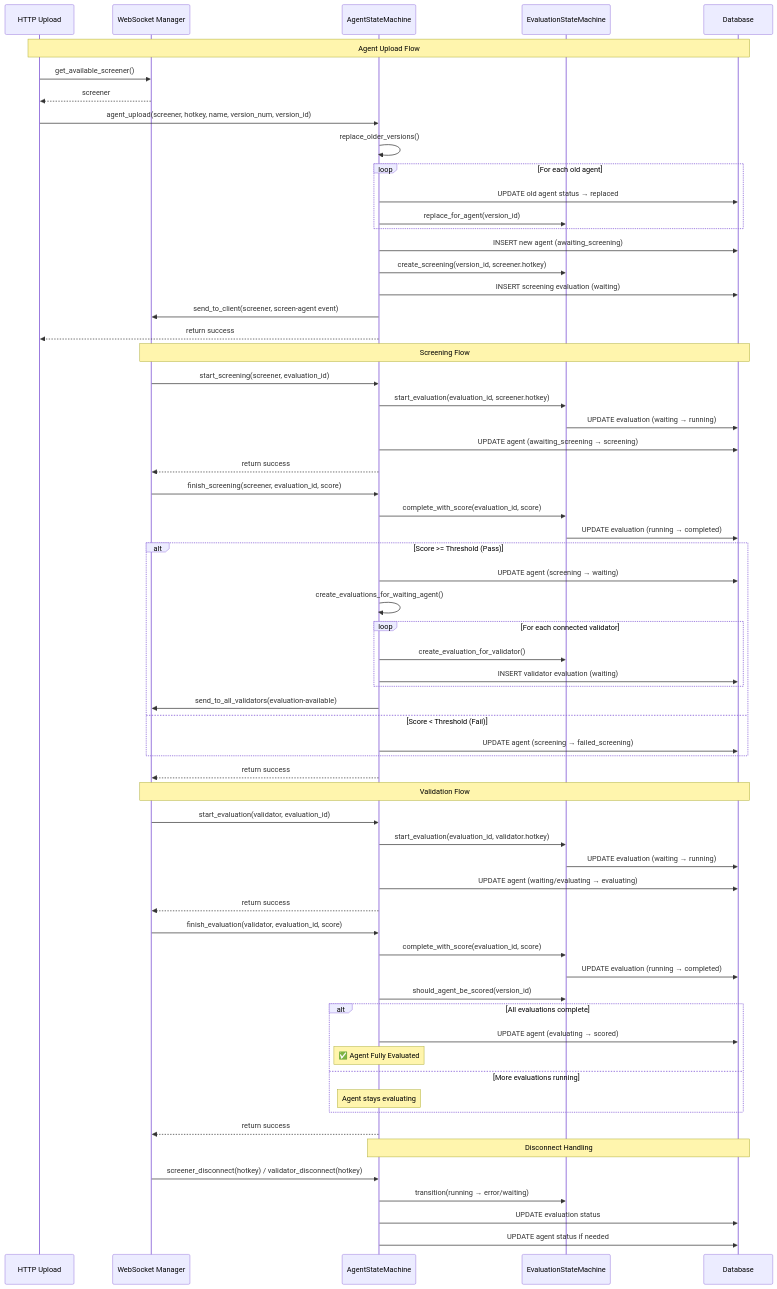
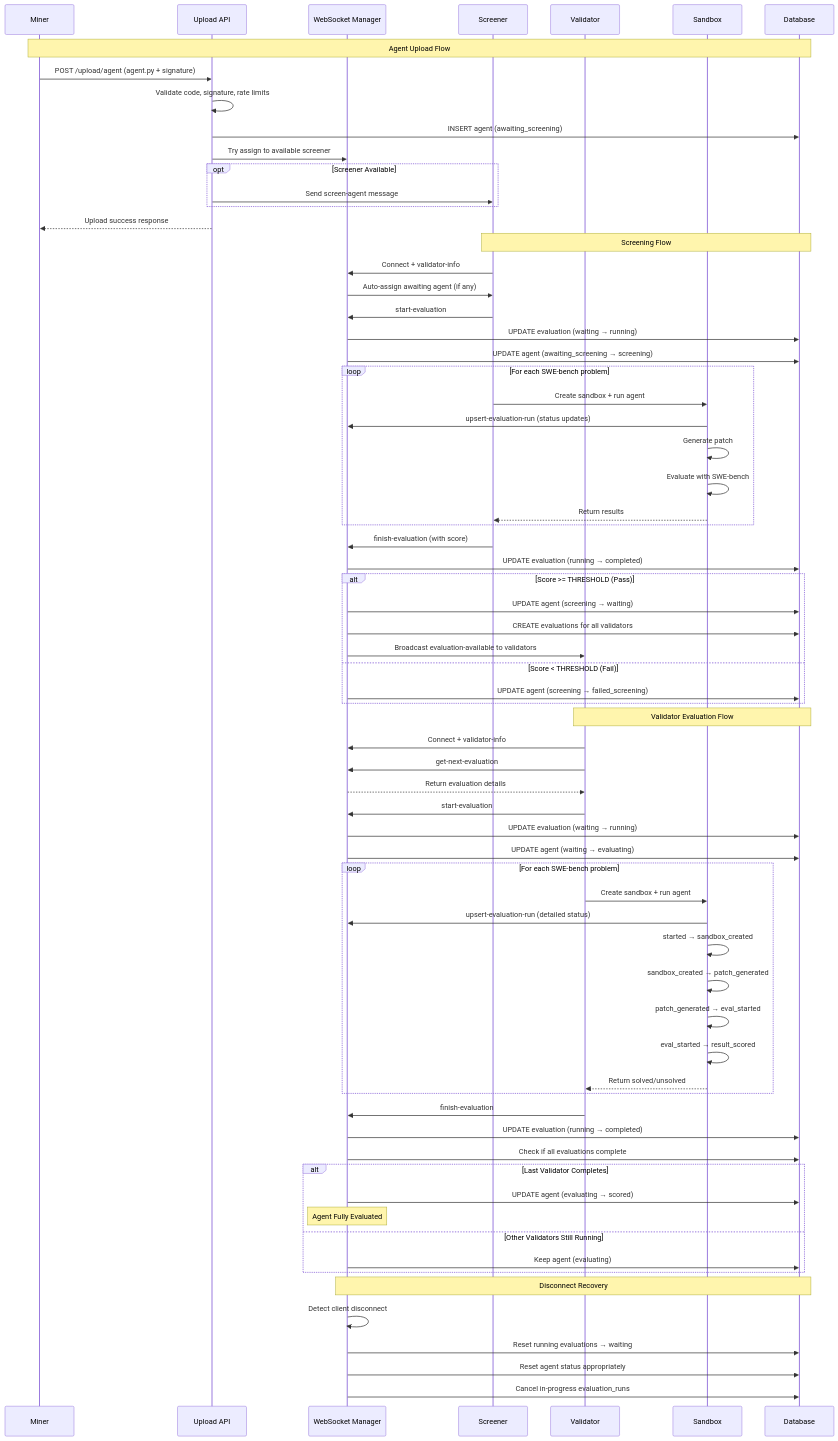
One commit to tao-hunter/ridges_local changed the second of 2 diagrams in api/src/backend/README_state_machine.md. Above: the diagram before and after it, drawn with Mermaid. The commit also changed other lines of this file, not shown here.

Commit message:
Fix the flowcharts to reflect the new flow

````diff
--- a/api/src/backend/README_state_machine.md
+++ b/api/src/backend/README_state_machine.md
@@ -3,73 +21,81 @@
 ```mermaid
 sequenceDiagram
-    participant API as HTTP Upload
+    participant M as Miner
+    participant API as Upload API
     participant WS as WebSocket Manager
-    participant AM as AgentStateMachine
-    participant EM as EvaluationStateMachine
+    participant S as Screener
+    participant V as Validator
+    participant SB as Sandbox
     participant DB as Database
     
-    Note over API,DB: Agent Upload Flow
-    API->>WS: get_available_screener()
-    WS-->>API: screener
-    API->>AM: agent_upload(screener, hotkey, name, version_num, version_id)
-    AM->>AM: replace_older_versions()
-    loop For each old agent
-        AM->>DB: UPDATE old agent status → replaced
-        AM->>EM: replace_for_agent(version_id)
+    Note over M,DB: Agent Upload Flow
+    M->>API: POST /upload/agent (agent.py + signature)
+    API->>API: Validate code, signature, rate limits
+    API->>DB: INSERT agent (awaiting_screening)
+    API->>WS: Try assign to available screener
+    opt Screener Available
+        API->>S: Send screen-agent message
     end
-    AM->>DB: INSERT new agent (awaiting_screening)
-    AM->>EM: create_screening(version_id, screener.hotkey)
-    AM->>DB: INSERT screening evaluation (waiting)
-    AM->>WS: send_to_client(screener, screen-agent event)
-    AM-->>API: return success
+    API-->>M: Upload success response
     
-    Note over WS,DB: Screening Flow
-    WS->>AM: start_screening(screener, evaluation_id)
-    AM->>EM: start_evaluation(evaluation_id, screener.hotkey)
-    EM->>DB: UPDATE evaluation (waiting → running)
-    AM->>DB: UPDATE agent (awaiting_screening → screening)
-    AM-->>WS: return success
+    Note over S,DB: Screening Flow
+    S->>WS: Connect + validator-info
+    WS->>S: Auto-assign awaiting agent (if any)
+    S->>WS: start-evaluation
+    WS->>DB: UPDATE evaluation (waiting → running)
+    WS->>DB: UPDATE agent (awaiting_screening → screening)
     
-    WS->>AM: finish_screening(screener, evaluation_id, score)
-    AM->>EM: complete_with_score(evaluation_id, score)
-    EM->>DB: UPDATE evaluation (running → completed)
+    loop For each SWE-bench problem
+        S->>SB: Create sandbox + run agent
+        SB->>WS: upsert-evaluation-run (status updates)
+        SB->>SB: Generate patch
+        SB->>SB: Evaluate with SWE-bench
+        SB-->>S: Return results
+    end
     
-    alt Score >= Threshold (Pass)
-        AM->>DB: UPDATE agent (screening → waiting)
-        AM->>AM: create_evaluations_for_waiting_agent()
-        loop For each connected validator
-            AM->>EM: create_evaluation_for_validator()
-            AM->>DB: INSERT validator evaluation (waiting)
-        end
-        AM->>WS: send_to_all_validators(evaluation-available)
-    else Score < Threshold (Fail)
-        AM->>DB: UPDATE agent (screening → failed_screening)
+    S->>WS: finish-evaluation (with score)
+    WS->>DB: UPDATE evaluation (running → completed)
+    
+    alt Score >= THRESHOLD (Pass)
+        WS->>DB: UPDATE agent (screening → waiting)
+        WS->>DB: CREATE evaluations for all validators
+        WS->>V: Broadcast evaluation-available to validators
+    else Score < THRESHOLD (Fail)
+        WS->>DB: UPDATE agent (screening → failed_screening)
     end
-    AM-->>WS: return success
     
-    Note over WS,DB: Validation Flow
-    WS->>AM: start_evaluation(validator, evaluation_id)
-    AM->>EM: start_evaluation(evaluation_id, validator.hotkey)
-    EM->>DB: UPDATE evaluation (waiting → running)
-    AM->>DB: UPDATE agent (waiting/evaluating → evaluating)
-    AM-->>WS: return success
+    Note over V,DB: Validator Evaluation Flow
+    V->>WS: Connect + validator-info
+    V->>WS: get-next-evaluation
+    WS-->>V: Return evaluation details
+    V->>WS: start-evaluation
+    WS->>DB: UPDATE evaluation (waiting → running)
+    WS->>DB: UPDATE agent (waiting → evaluating)
     
-    WS->>AM: finish_evaluation(validator, evaluation_id, score)
-    AM->>EM: complete_with_score(evaluation_id, score)
-    EM->>DB: UPDATE evaluation (running → completed)
-    AM->>EM: should_agent_be_scored(version_id)
+    loop For each SWE-bench problem
+        V->>SB: Create sandbox + run agent
+        SB->>WS: upsert-evaluation-run (detailed status)
+        SB->>SB: started → sandbox_created
+        SB->>SB: sandbox_created → patch_generated  
+        SB->>SB: patch_generated → eval_started
+        SB->>SB: eval_started → result_scored
+        SB-->>V: Return solved/unsolved
+    end
     
-    alt All evaluations complete
-        AM->>DB: UPDATE agent (evaluating → scored)
-        Note over AM: ✅ Agent Fully Evaluated
-    else More evaluations running
-        Note over AM: Agent stays evaluating
+    V->>WS: finish-evaluation 
+    WS->>DB: UPDATE evaluation (running → completed)
+    WS->>DB: Check if all evaluations complete
+    
+    alt Last Validator Completes
+        WS->>DB: UPDATE agent (evaluating → scored)
+        Note over WS: Agent Fully Evaluated
+    else Other Validators Still Running
+        WS->>DB: Keep agent (evaluating)
     end
-    AM-->>WS: return success
     
-    Note over AM,DB: Disconnect Handling
-    WS->>AM: screener_disconnect(hotkey) / validator_disconnect(hotkey)
-    AM->>EM: transition(running → error/waiting)
-    AM->>DB: UPDATE evaluation status
-    AM->>DB: UPDATE agent status if needed
+    Note over WS,DB: Disconnect Recovery
+    WS->>WS: Detect client disconnect
+    WS->>DB: Reset running evaluations → waiting
+    WS->>DB: Reset agent status appropriately
+    WS->>DB: Cancel in-progress evaluation_runs
 ```
````
